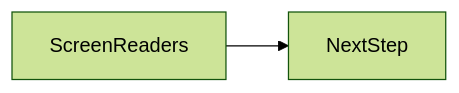
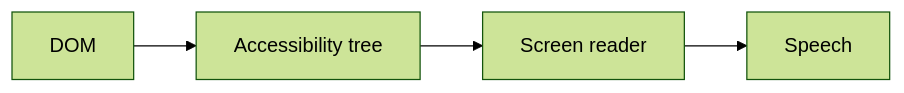
One commit to OmidJavaherii/Frontend-Engineering-Handbook changed the second of 2 diagrams in docs/en/18-accessibility/screen-readers/index.md. Above: the diagram before and after it, drawn with Mermaid (forest theme). The commit also changed other lines of this file and 461 other files, not shown here.

````diff
--- a/docs/en/18-accessibility/screen-readers/index.md
+++ b/docs/en/18-accessibility/screen-readers/index.md
@@ -94,4 +107,6 @@
 ```mermaid
 flowchart LR
-  concept[ScreenReaders] --> nextStep[NextStep]
+  DOM --> AOM[Accessibility tree]
+  AOM --> SR[Screen reader]
+  SR --> Speech
 ```
````
